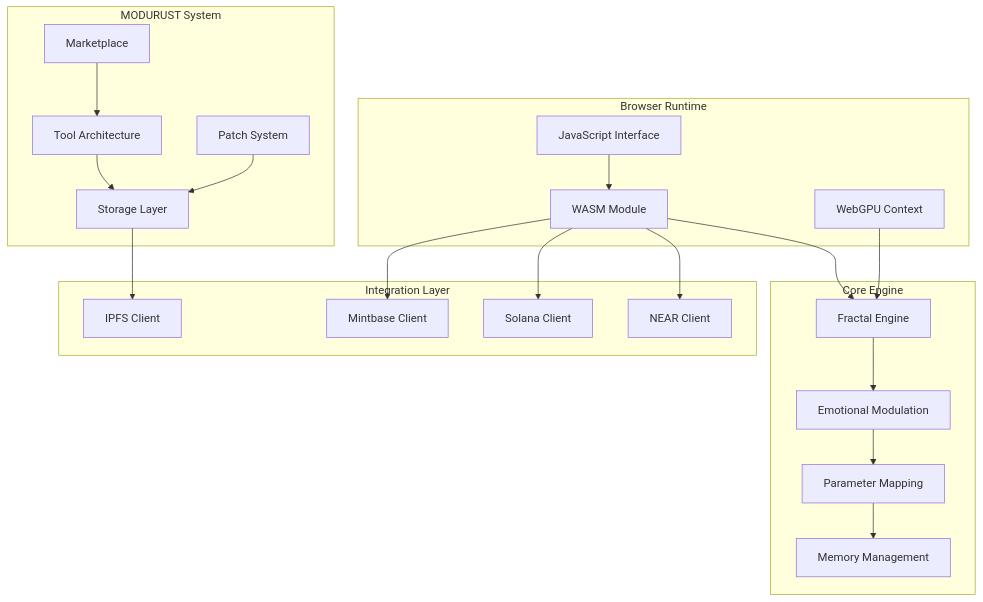
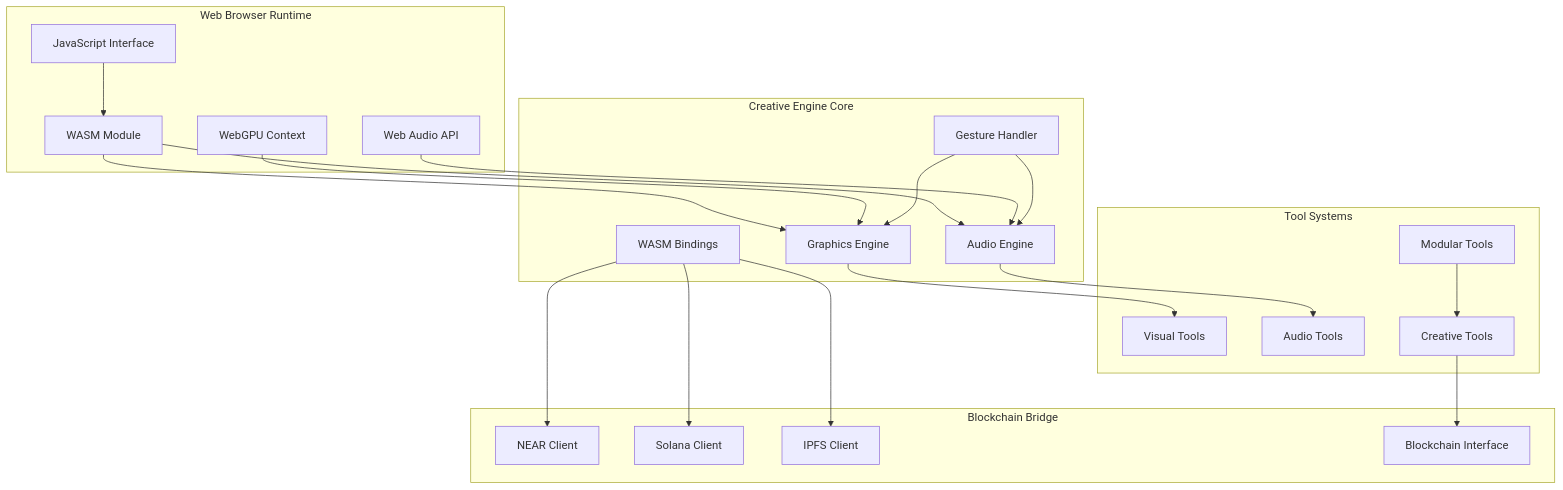
The diagram in docs/RUST_SPECIFIC_TECHNICAL_ARCHITECTURE.md (compiling-org/nft-blockchain-interactive), drawn with Mermaid before and after one commit. The commit also changed other lines of this file and 14 other files, not shown here.

````diff
--- a/docs/RUST_SPECIFIC_TECHNICAL_ARCHITECTURE.md
+++ b/docs/RUST_SPECIFIC_TECHNICAL_ARCHITECTURE.md
@@ -9,45 +9,49 @@
 ```mermaid
 graph TB
-    subgraph "Browser Runtime"
+    subgraph "Web Browser Runtime"
         WASM[WASM Module]
         WG[WebGPU Context]
+        WA[Web Audio API]
         JS[JavaScript Interface]
     end
     
-    subgraph "Core Engine"
-        FE[Fractal Engine]
-        EM[Emotional Modulation]
-        MM[Memory Management]
-        PM[Parameter Mapping]
+    subgraph "Creative Engine Core"
+        AE[Audio Engine]
+        GE[Graphics Engine]
+        GH[Gesture Handler]
+        WB[WASM Bindings]
     end
     
-    subgraph "MODURUST System"
-        MT[Tool Architecture]
-        MP[Patch System]
-        MS[Storage Layer]
-        MMKT[Marketplace]
+    subgraph "Tool Systems"
+        VS[Visual Tools]
+        AT[Audio Tools]
+        MT[Modular Tools]
+        CT[Creative Tools]
     end
     
-    subgraph "Integration Layer"
+    subgraph "Blockchain Bridge"
         NC[NEAR Client]
         SC[Solana Client]
-        MC[Mintbase Client]
-        IC[IPFS Client]
+        IP[IPFS Client]
+        BC[Blockchain Interface]
     end
     
-    WASM --> FE
-    WG --> FE
+    WASM --> AE
+    WASM --> GE
+    WG --> GE
+    WA --> AE
     JS --> WASM
-    FE --> EM
-    EM --> PM
-    PM --> MM
     
-    MT --> MS
-    MP --> MS
-    MS --> IC
-    MMKT --> MT
+    GH --> AE
+    GH --> GE
     
-    WASM --> NC
-    WASM --> SC
-    WASM --> MC
+    AE --> AT
+    GE --> VS
+    
+    WB --> NC
+    WB --> SC
+    WB --> IP
+    
+    MT --> CT
+    CT --> BC
 ```
````
